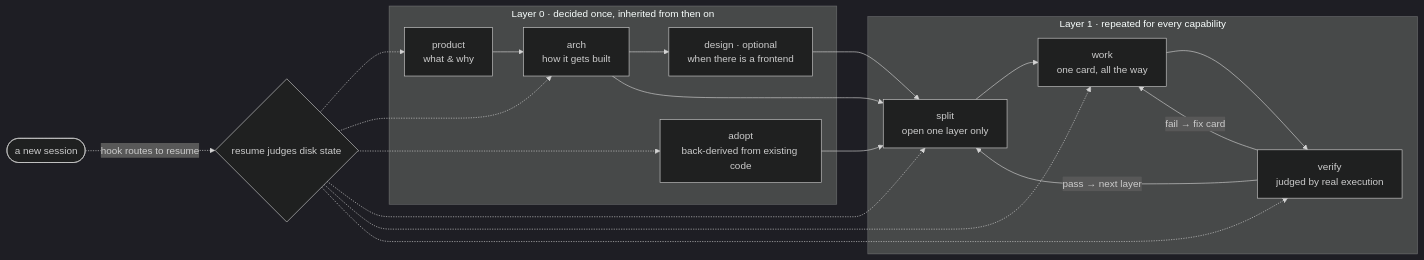
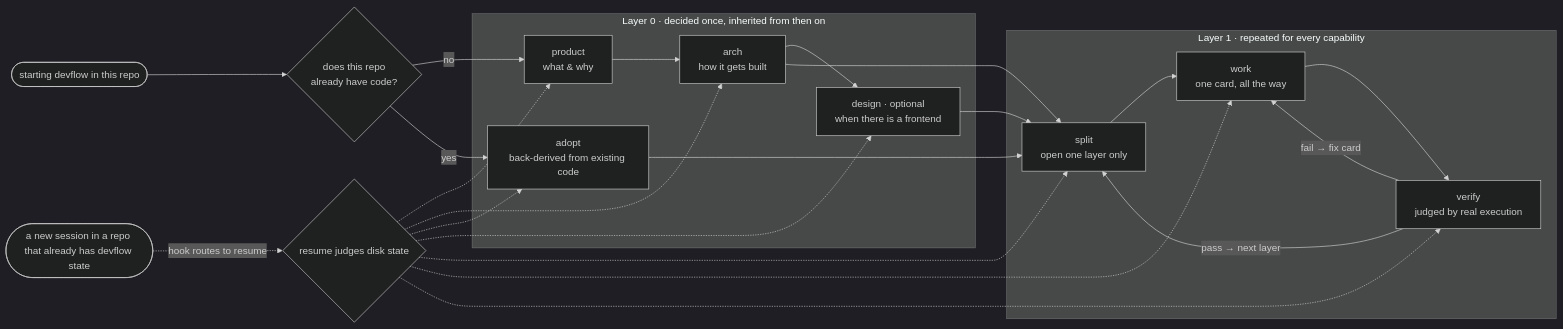
The first of 5 diagrams in README.md (nanomia-ai/devflow), drawn with Mermaid (dark theme) before and after one commit. The commit also changed other lines of this file and 12 other files, not shown here.

````diff
--- a/README.md
+++ b/README.md
@@ -41,24 +41,28 @@
 ```mermaid
 flowchart LR
     subgraph L0["Layer 0 · decided once, inherited from then on"]
         P["product<br>what & why"] --> A["arch<br>how it gets built"]
         A --> D["design · optional<br>when there is a frontend"]
         AD["adopt<br>back-derived from existing code"]
     end
     subgraph L1["Layer 1 · repeated for every capability"]
         S["split<br>open one layer only"] --> W["work<br>one card, all the way"]
         W --> V["verify<br>judged by real execution"]
         V -->|"fail → fix card"| W
         V -->|"pass → next layer"| S
     end
+    Start(["starting devflow in this repo"]) --> Q{"does this repo<br>already have code?"}
+    Q -->|no| P
+    Q -->|yes| AD
     A --> S
     D --> S
     AD --> S
-    R(["a new session"]) -.->|"hook routes to resume"| X{"resume judges disk state"}
+    R(["a new session in a repo that already has devflow state"]) -.->|"hook routes to resume"| X{"resume judges disk state"}
     X -.-> P
     X -.-> A
     X -.-> AD
+    X -.-> D
     X -.-> S
     X -.-> W
     X -.-> V
 ```
````
